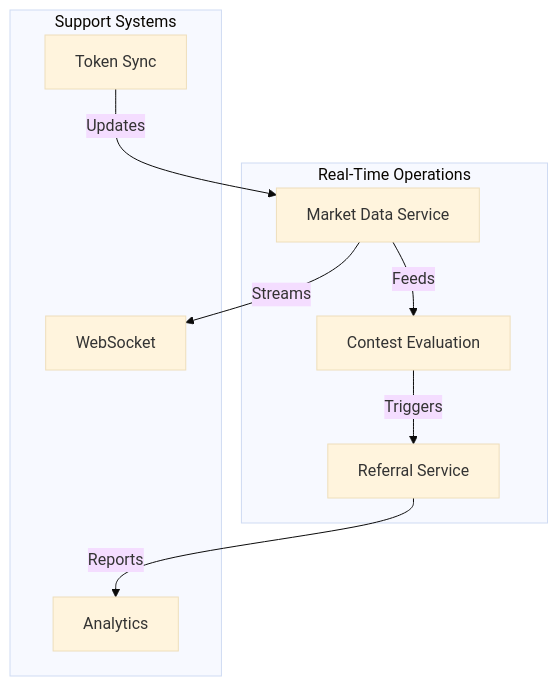
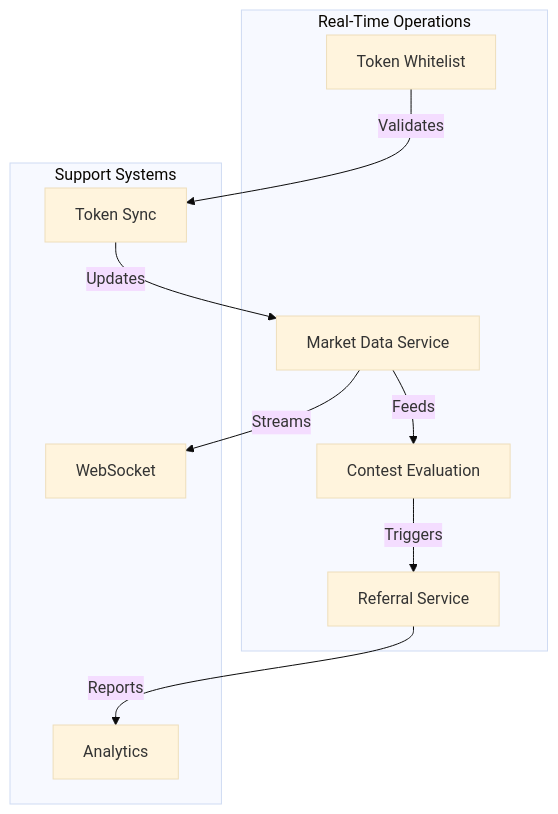
Before and after one commit to BranchManager69/degenduel: the third of 14 diagrams in docs_important/Core Services/_MASTER - DEGENDUEL SERVICE ARCHITECTURE.md, drawn with Mermaid (base theme). The commit also changed other lines of this file and 11 other files, not shown here.

First line of the commit message:
Add Token Whitelist Service for token validation and management

````diff
--- a/docs_important/Core Services/_MASTER - DEGENDUEL SERVICE ARCHITECTURE.md
+++ b/docs_important/Core Services/_MASTER - DEGENDUEL SERVICE ARCHITECTURE.md
@@ -101,21 +103,23 @@
 ```mermaid
 graph TD
     subgraph "Real-Time Operations"
         MD[Market Data Service]
         CE[Contest Evaluation]
         RF[Referral Service]
+        WL[Token Whitelist]
     end
     
     subgraph "Support Systems"
         TS[Token Sync]
         WS[WebSocket]
         AN[Analytics]
     end
     
     MD -->|Feeds| CE
     CE -->|Triggers| RF
+    WL -->|Validates| TS
     
     TS -->|Updates| MD
     MD -->|Streams| WS
     RF -->|Reports| AN
 ```
````
